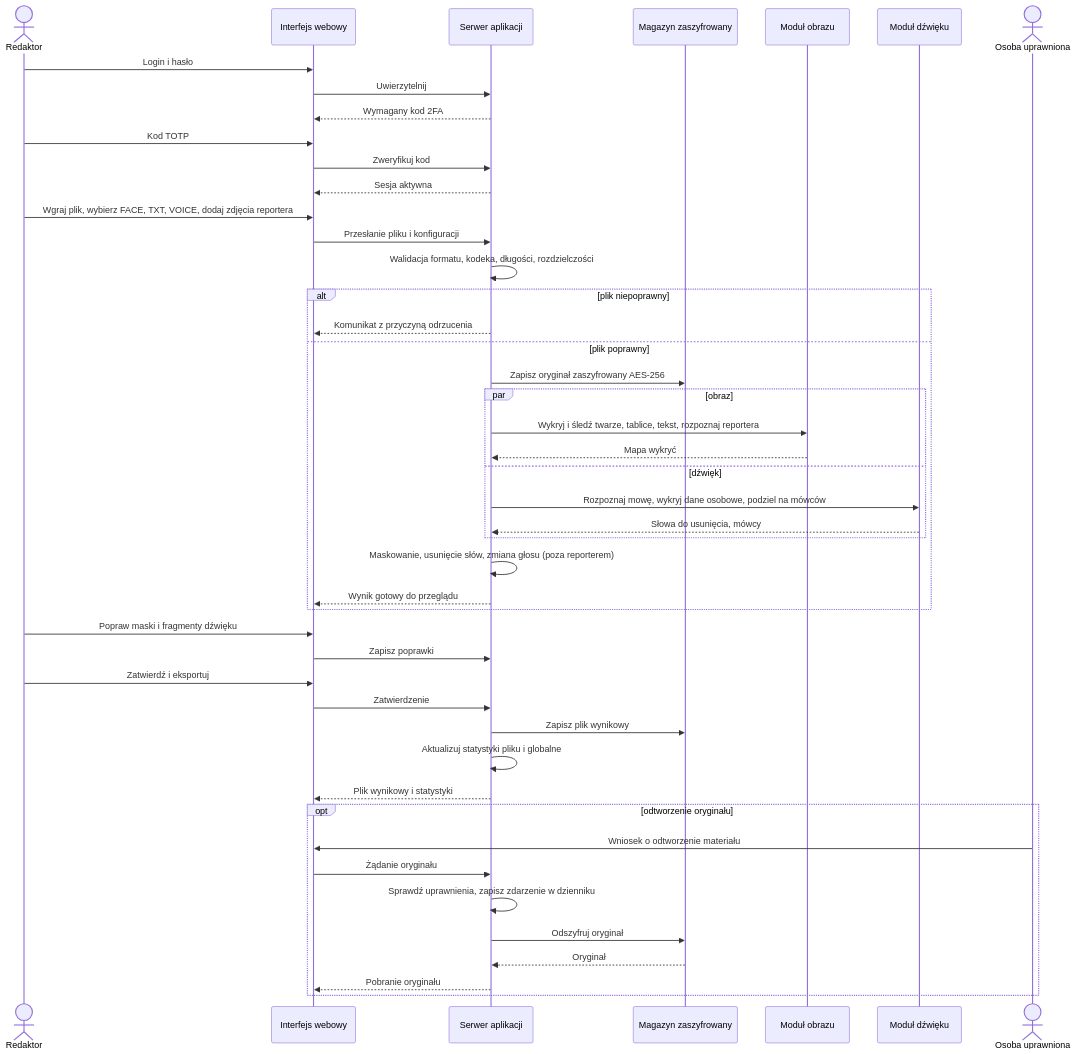
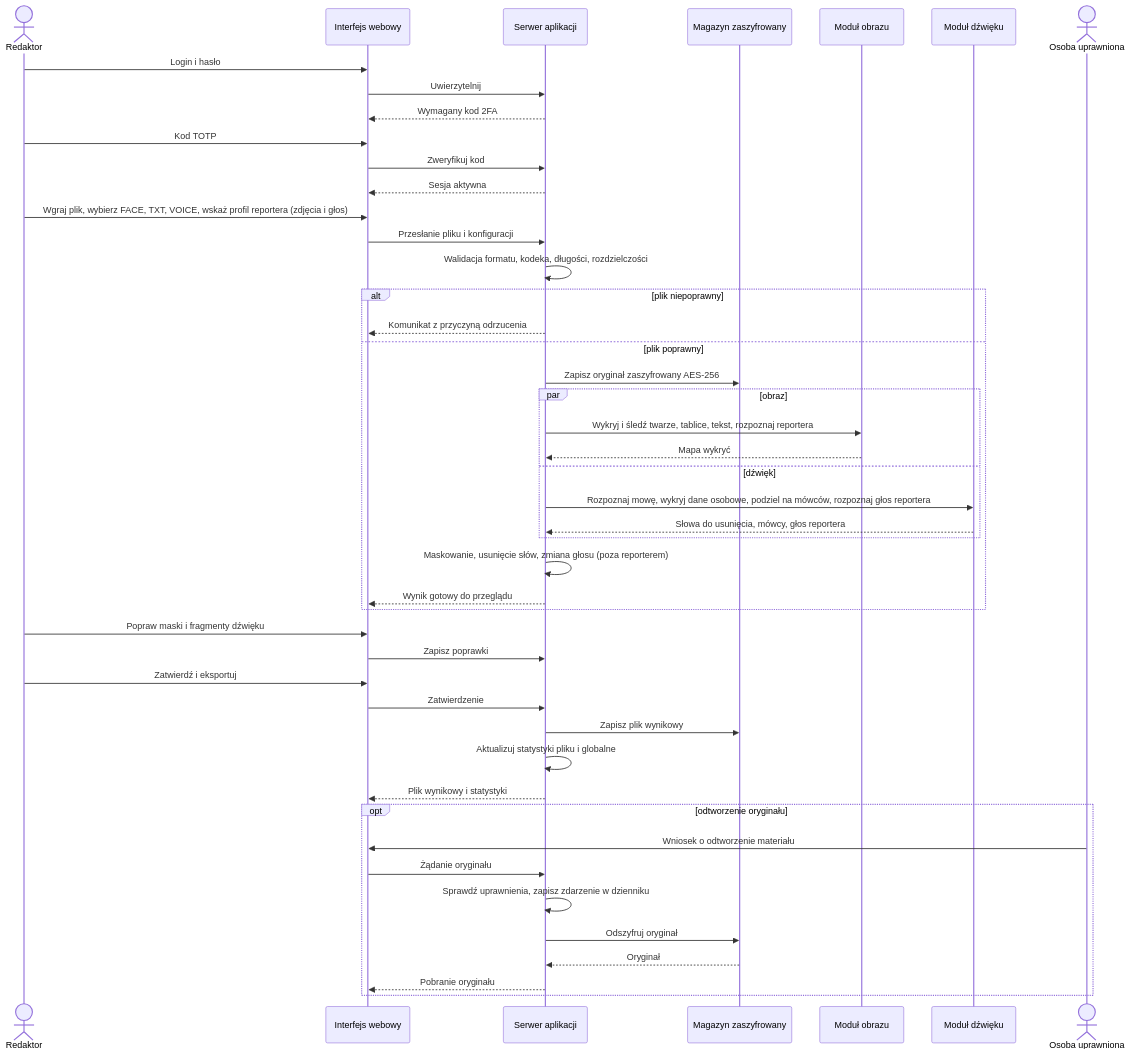
One commit to Woneruz/IO_Projekt changed the third of 4 diagrams in docs/DIW.md. Above: the diagram before and after it, drawn with Mermaid. The commit also changed other lines of this file, not shown here.

Commit message:
Profil glosu reportera, transmisja na zywo w pelni automatyczna

````diff
--- a/docs/DIW.md
+++ b/docs/DIW.md
@@ -480,52 +484,52 @@
 ```mermaid
 sequenceDiagram
     actor R as Redaktor
     participant UI as Interfejs webowy
     participant API as Serwer aplikacji
     participant MAG as Magazyn zaszyfrowany
     participant OBR as Moduł obrazu
     participant DZW as Moduł dźwięku
     actor O as Osoba uprawniona
 
     R->>UI: Login i hasło
     UI->>API: Uwierzytelnij
     API-->>UI: Wymagany kod 2FA
     R->>UI: Kod TOTP
     UI->>API: Zweryfikuj kod
     API-->>UI: Sesja aktywna
 
-    R->>UI: Wgraj plik, wybierz FACE, TXT, VOICE, dodaj zdjęcia reportera
+    R->>UI: Wgraj plik, wybierz FACE, TXT, VOICE, wskaż profil reportera (zdjęcia i głos)
     UI->>API: Przesłanie pliku i konfiguracji
     API->>API: Walidacja formatu, kodeka, długości, rozdzielczości
     alt plik niepoprawny
         API-->>UI: Komunikat z przyczyną odrzucenia
     else plik poprawny
         API->>MAG: Zapisz oryginał zaszyfrowany AES-256
         par obraz
             API->>OBR: Wykryj i śledź twarze, tablice, tekst, rozpoznaj reportera
             OBR-->>API: Mapa wykryć
         and dźwięk
-            API->>DZW: Rozpoznaj mowę, wykryj dane osobowe, podziel na mówców
-            DZW-->>API: Słowa do usunięcia, mówcy
+            API->>DZW: Rozpoznaj mowę, wykryj dane osobowe, podziel na mówców, rozpoznaj głos reportera
+            DZW-->>API: Słowa do usunięcia, mówcy, głos reportera
         end
         API->>API: Maskowanie, usunięcie słów, zmiana głosu (poza reporterem)
         API-->>UI: Wynik gotowy do przeglądu
     end
 
     R->>UI: Popraw maski i fragmenty dźwięku
     UI->>API: Zapisz poprawki
     R->>UI: Zatwierdź i eksportuj
     UI->>API: Zatwierdzenie
     API->>MAG: Zapisz plik wynikowy
     API->>API: Aktualizuj statystyki pliku i globalne
     API-->>UI: Plik wynikowy i statystyki
 
     opt odtworzenie oryginału
         O->>UI: Wniosek o odtworzenie materiału
         UI->>API: Żądanie oryginału
         API->>API: Sprawdź uprawnienia, zapisz zdarzenie w dzienniku
         API->>MAG: Odszyfruj oryginał
         MAG-->>API: Oryginał
         API-->>UI: Pobranie oryginału
     end
 ```
````
